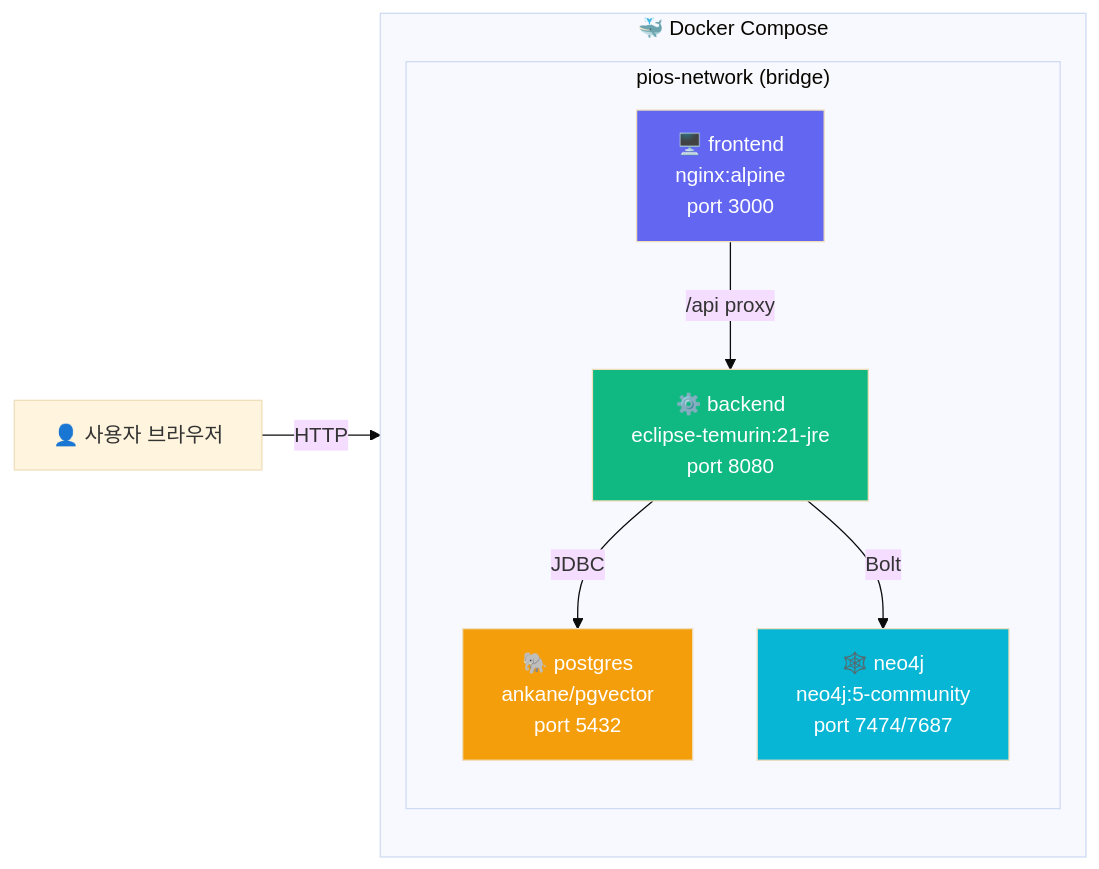
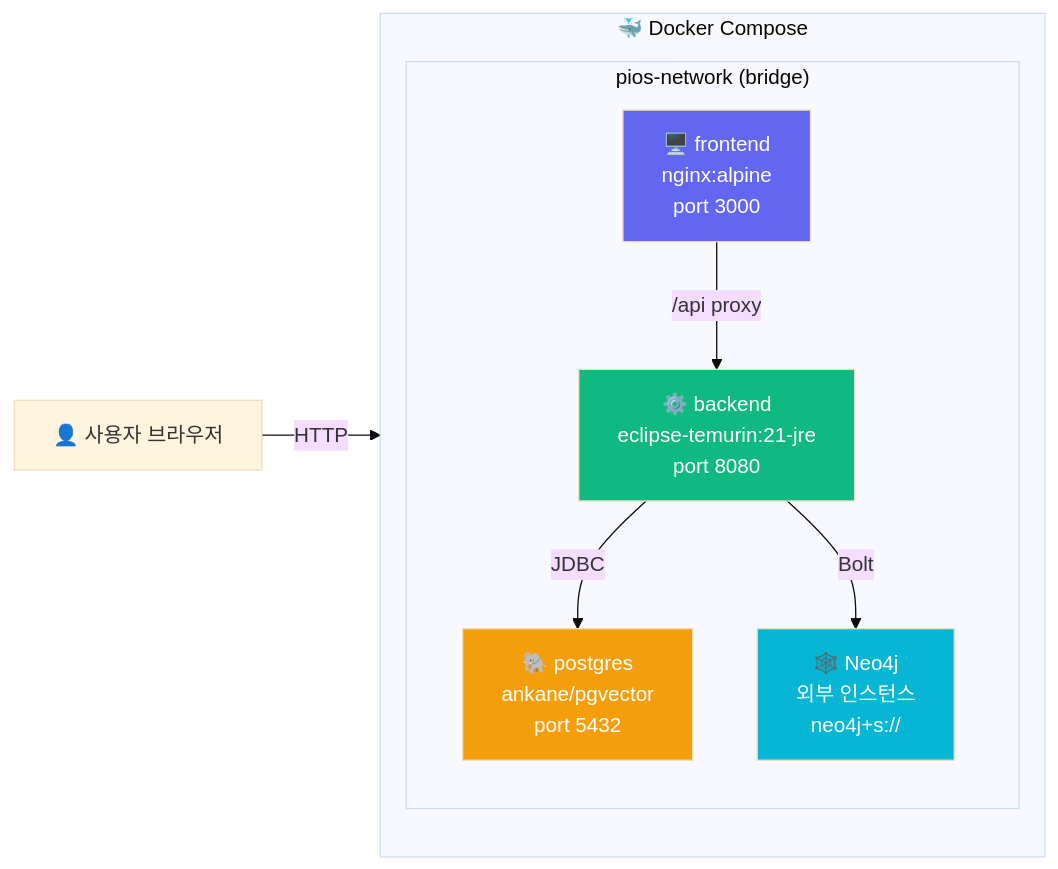
One commit to Hsooooo/personal-insight-os changed the fourth of 4 diagrams in docs/architecture.md. Above: the diagram before and after it, drawn with Mermaid (base theme). The commit also changed other lines of this file and 6 other files, not shown here.

````diff
--- a/docs/architecture.md
+++ b/docs/architecture.md
@@ -181,23 +181,23 @@
 ```mermaid
 flowchart LR
     subgraph Docker["🐳 Docker Compose"]
         direction TB
 
         subgraph 네트워크["pios-network (bridge)"]
             FE["🖥️ frontend<br/>nginx:alpine<br/>port 3000"]
             BE["⚙️ backend<br/>eclipse-temurin:21-jre<br/>port 8080"]
             PG["🐘 postgres<br/>ankane/pgvector<br/>port 5432"]
-            NEO["🕸️ neo4j<br/>neo4j:5-community<br/>port 7474/7687"]
+            NEO["🕸️ Neo4j<br/>외부 인스턴스<br/>neo4j+s://"]
         end
     end
 
     사용자["👤 사용자 브라우저"] -->|HTTP| FE
     FE -->|/api proxy| BE
     BE -->|JDBC| PG
     BE -->|Bolt| NEO
 
     style FE fill:#6366f1,color:#fff
     style BE fill:#10b981,color:#fff
     style PG fill:#f59e0b,color:#fff
     style NEO fill:#06b6d4,color:#fff
 ```
````
